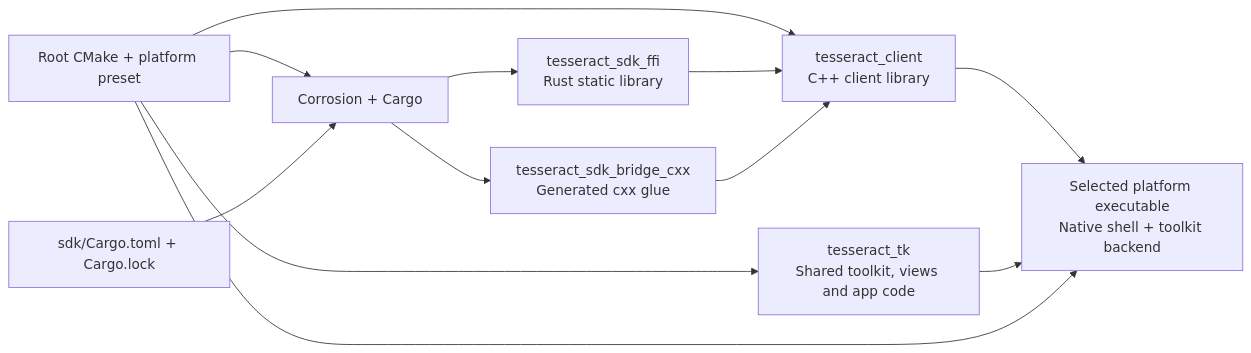
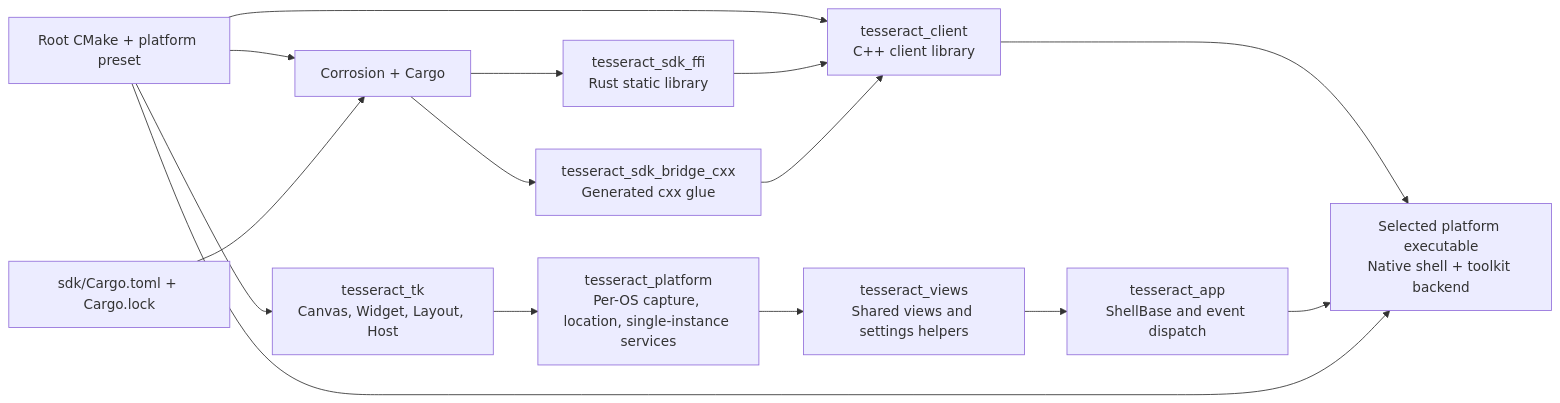
Before and after one commit to surakin/tesseract: the seventh of 7 diagrams in ARCHITECTURE.md, drawn with Mermaid. The commit also changed other lines of this file and 13 other files, not shown here.

````diff
--- a/ARCHITECTURE.md
+++ b/ARCHITECTURE.md
@@ -304,14 +307,17 @@
 ```mermaid
 flowchart LR
     cmake["Root CMake + platform preset"] --> corrosion["Corrosion + Cargo"]
     cargo["sdk/Cargo.toml + Cargo.lock"] --> corrosion
     corrosion --> rustlib["tesseract_sdk_ffi<br/>Rust static library"]
     corrosion --> glue["tesseract_sdk_bridge_cxx<br/>Generated cxx glue"]
     cmake --> clientlib["tesseract_client<br/>C++ client library"]
     rustlib --> clientlib
     glue --> clientlib
-    cmake --> sharedlib["tesseract_tk<br/>Shared toolkit, views and app code"]
+    cmake --> tklib["tesseract_tk<br/>Canvas, Widget, Layout, Host"]
+    tklib --> platformlib["tesseract_platform<br/>Per-OS capture, location, single-instance services"]
+    platformlib --> viewslib["tesseract_views<br/>Shared views and settings helpers"]
+    viewslib --> applib["tesseract_app<br/>ShellBase and event dispatch"]
     clientlib --> executable["Selected platform executable<br/>Native shell + toolkit backend"]
-    sharedlib --> executable
+    applib --> executable
     cmake --> executable
 ```
````
